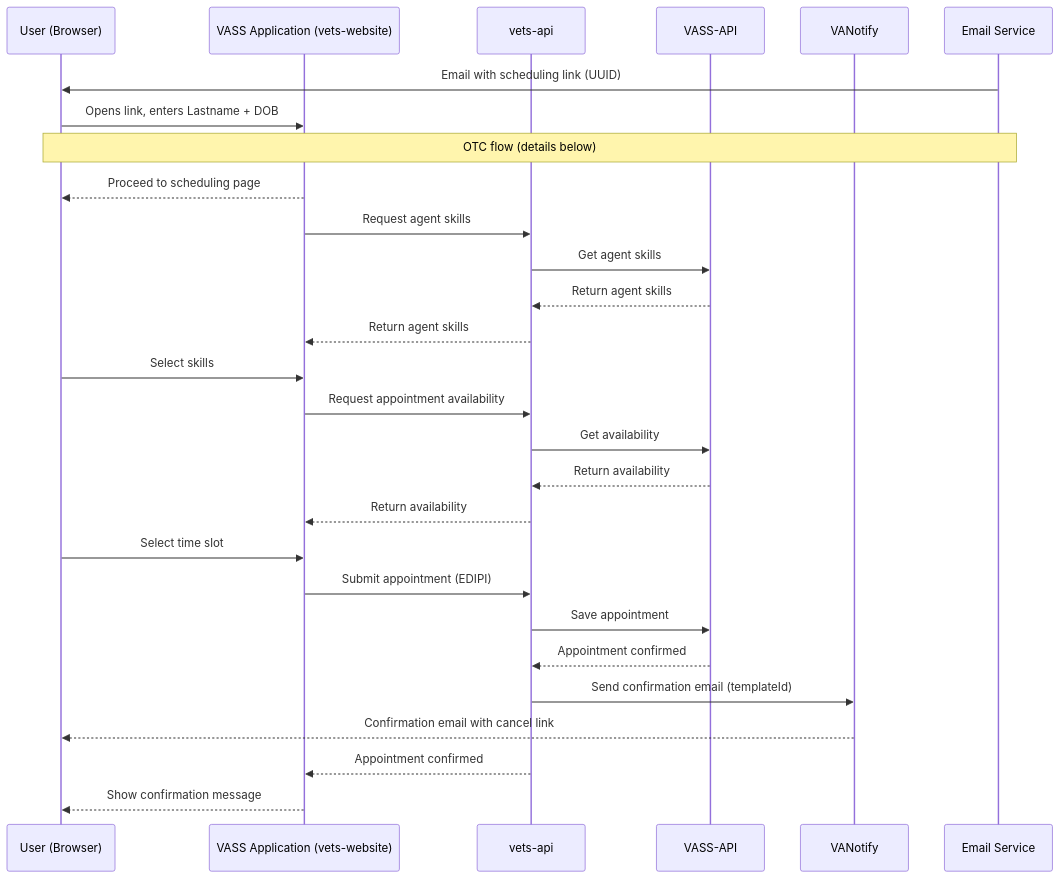
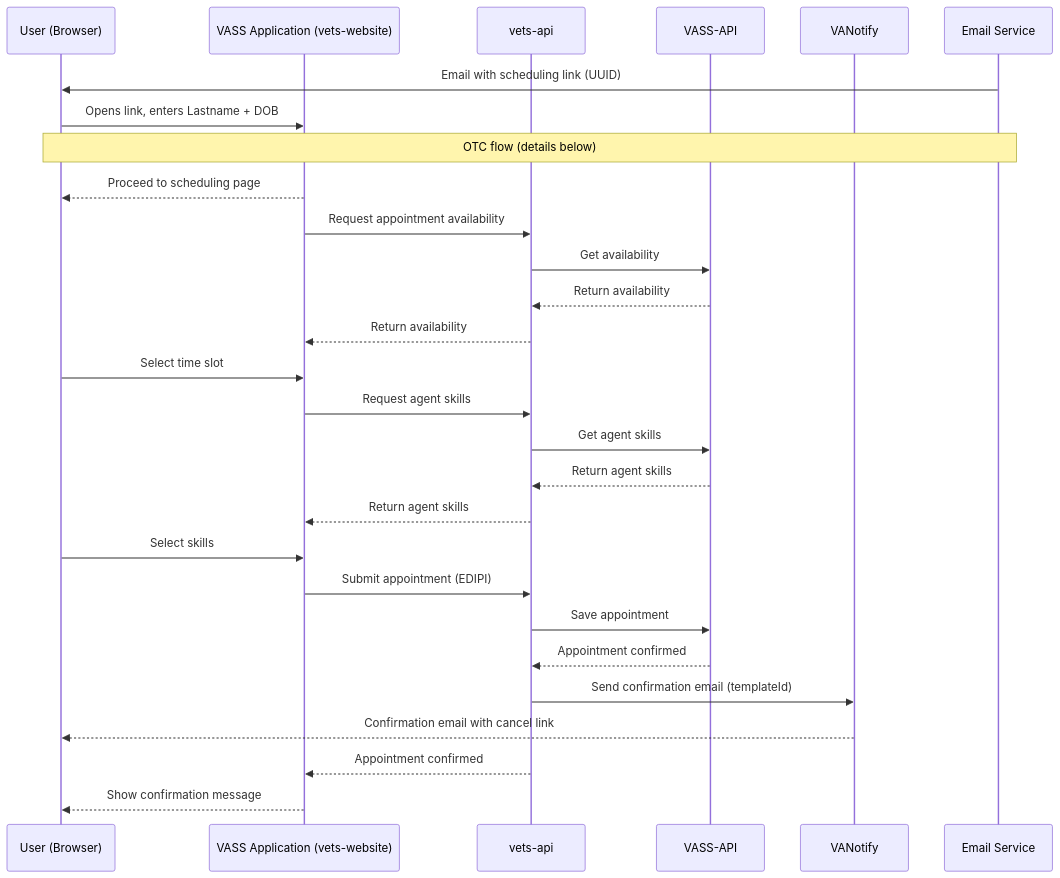
One commit to department-of-veterans-affairs/va.gov-team changed the first of 3 diagrams in products/health-care/appointments/va-online-scheduling/initiatives/solid-start-scheduling/engineering/sequence-diagrams/otc-flow.md. Above: the diagram before and after it, drawn with Mermaid.

````diff
--- a/products/health-care/appointments/va-online-scheduling/initiatives/solid-start-scheduling/engineering/sequence-diagrams/otc-flow.md
+++ b/products/health-care/appointments/va-online-scheduling/initiatives/solid-start-scheduling/engineering/sequence-diagrams/otc-flow.md
@@ -3,40 +3,42 @@
 ``` mermaid
 sequenceDiagram
     participant U as User (Browser)
     participant F as VASS Application (vets-website)
     participant V as vets-api
     participant S as VASS-API
     participant N as VANotify
     participant E as Email Service
 
     %% Step 1: Email Invitation
     E->>U: Email with scheduling link (UUID)
 
     %% Step 2: User validates identity
     U->>F: Opens link, enters Lastname + DOB
     Note over U,E: OTC flow (details below)
     F-->>U: Proceed to scheduling page
 
+    
+    %% Step 3: Select date time
+    F->>V: Request appointment availability
+    V->>S: Get availability
+    S-->>V: Return availability
+    V-->>F: Return availability
+    U->>F: Select time slot
+
     %% Step 4: Scheduling Flow
     F->>V: Request agent skills
     V->>S: Get agent skills
     S-->>V: Return agent skills
     V-->>F: Return agent skills
     U->>F: Select skills
-
-    F->>V: Request appointment availability
-    V->>S: Get availability
-    S-->>V: Return availability
-    V-->>F: Return availability
-    U->>F: Select time slot
 
     %% Step 6: Confirm Appointment
     F->>V: Submit appointment (EDIPI)
     V->>S: Save appointment
     S-->>V: Appointment confirmed
     V->>N: Send confirmation email (templateId)
     N-->>U: Confirmation email with cancel link
     V-->>F: Appointment confirmed
     F-->>U: Show confirmation message
 
 ```
````
